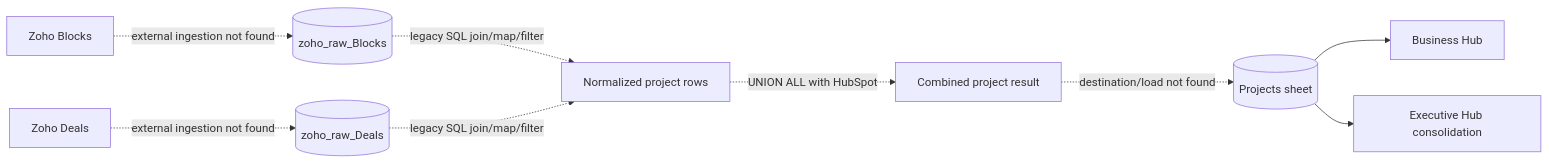
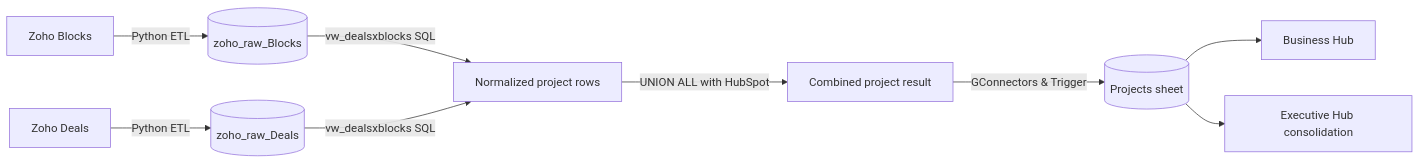
Before and after one commit to richard-joel-7/business_projection_app: the second of 7 diagrams in docs/DATA_FLOW.md, drawn with Mermaid. The commit also changed other lines of this file and 2 other files, not shown here.

Commit message:
Docs With ETL Logic

````diff
--- a/docs/DATA_FLOW.md
+++ b/docs/DATA_FLOW.md
@@ -31,10 +29,10 @@
 ```mermaid
 flowchart LR
-    ZB[Zoho Blocks] -.->|external ingestion not found| ZBR[(zoho_raw_Blocks)]
-    ZD[Zoho Deals] -.->|external ingestion not found| ZDR[(zoho_raw_Deals)]
-    ZBR & ZDR -.->|legacy SQL join/map/filter| U[Normalized project rows]
-    U -.->|UNION ALL with HubSpot| C[Combined project result]
-    C -.->|destination/load not found| PS[(Projects sheet)]
+    ZB[Zoho Blocks] -->|Python ETL| ZBR[(zoho_raw_Blocks)]
+    ZD[Zoho Deals] -->|Python ETL| ZDR[(zoho_raw_Deals)]
+    ZBR & ZDR -->|vw_dealsxblocks SQL| U[Normalized project rows]
+    U -->|UNION ALL with HubSpot| C[Combined project result]
+    C -->|GConnectors & Trigger| PS[(Projects sheet)]
     PS --> BH[Business Hub]
     PS --> EH[Executive Hub consolidation]
 ```
````
